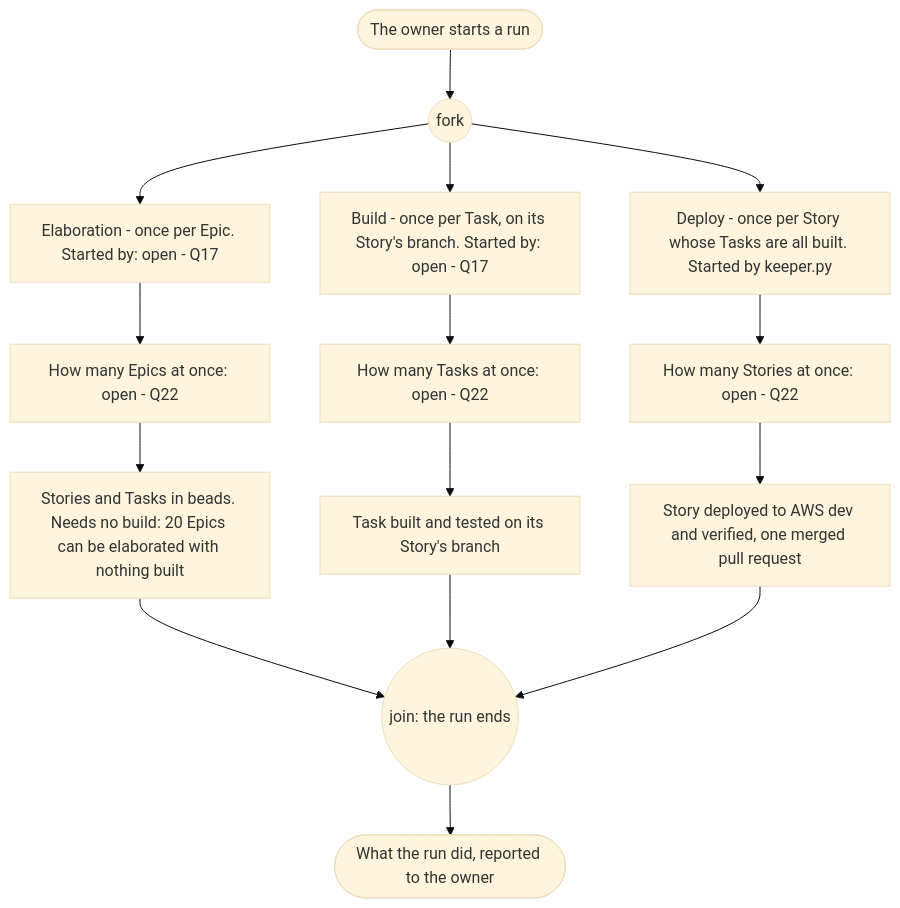
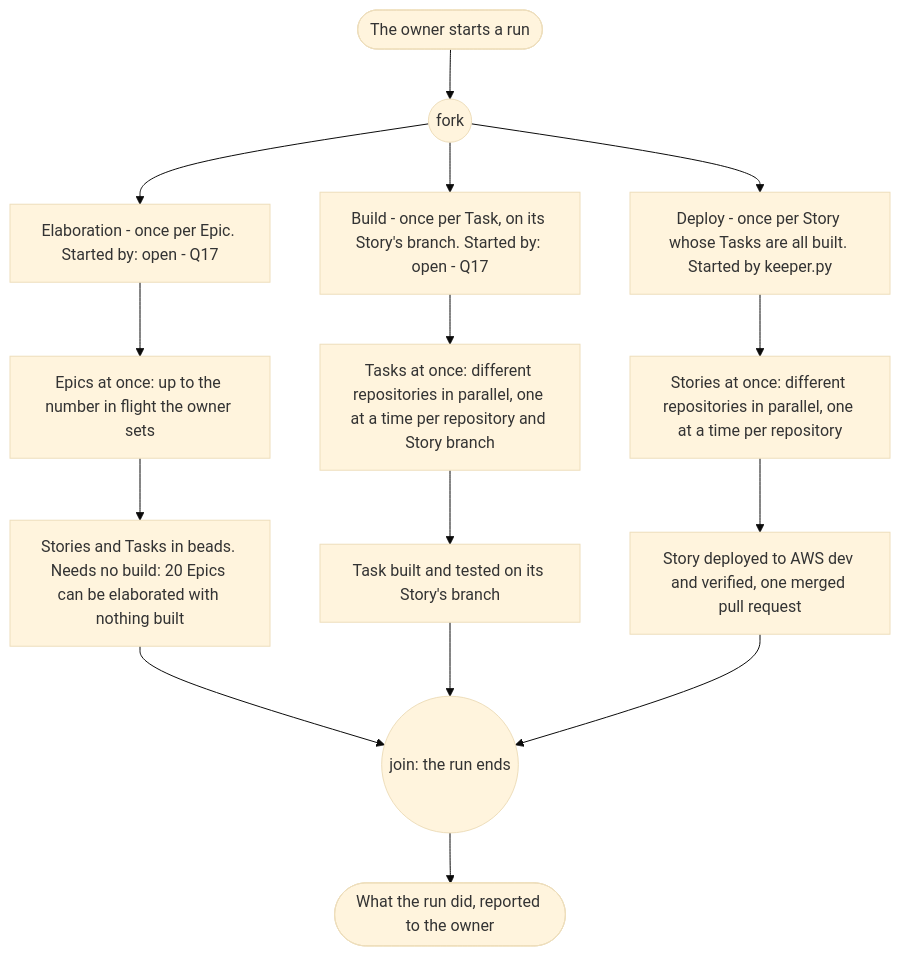
The third of 8 diagrams in plugins/agent-teams-workforce/blueprint/design/pipelines-driver.md (mark-satterfield/toolset), drawn with Mermaid (base theme) before and after one commit. The commit also changed other lines of this file and 2 other files, not shown here.

First line of the commit message:
docs(blueprint): decide the driver, PRD and deploy questions that are not the owner's

````diff
--- a/plugins/agent-teams-workforce/blueprint/design/pipelines-driver.md
+++ b/plugins/agent-teams-workforce/blueprint/design/pipelines-driver.md
@@ -163,17 +176,17 @@
 ```mermaid
 flowchart TD
     s(["The owner starts a run"]) --> fork1(("fork"))
     fork1 --> el["Elaboration - once per Epic. Started by: open - Q17"]
     fork1 --> bu["Build - once per Task, on its Story's branch. Started by: open - Q17"]
     fork1 --> de["Deploy - once per Story whose Tasks are all built. Started by keeper.py"]
-    el --> elN["How many Epics at once: open - Q22"]
-    bu --> buN["How many Tasks at once: open - Q22"]
-    de --> deN["How many Stories at once: open - Q22"]
+    el --> elN["Epics at once: up to the number in flight the owner sets"]
+    bu --> buN["Tasks at once: different repositories in parallel, one at a time per repository and Story branch"]
+    de --> deN["Stories at once: different repositories in parallel, one at a time per repository"]
     elN --> elOut["Stories and Tasks in beads. Needs no build: 20 Epics can be elaborated with nothing built"]
     buN --> buOut["Task built and tested on its Story's branch"]
     deN --> deOut["Story deployed to AWS dev and verified, one merged pull request"]
     elOut --> join1(("join: the run ends"))
     buOut --> join1
     deOut --> join1
     join1 --> e(["What the run did, reported to the owner"])
 ```
````
